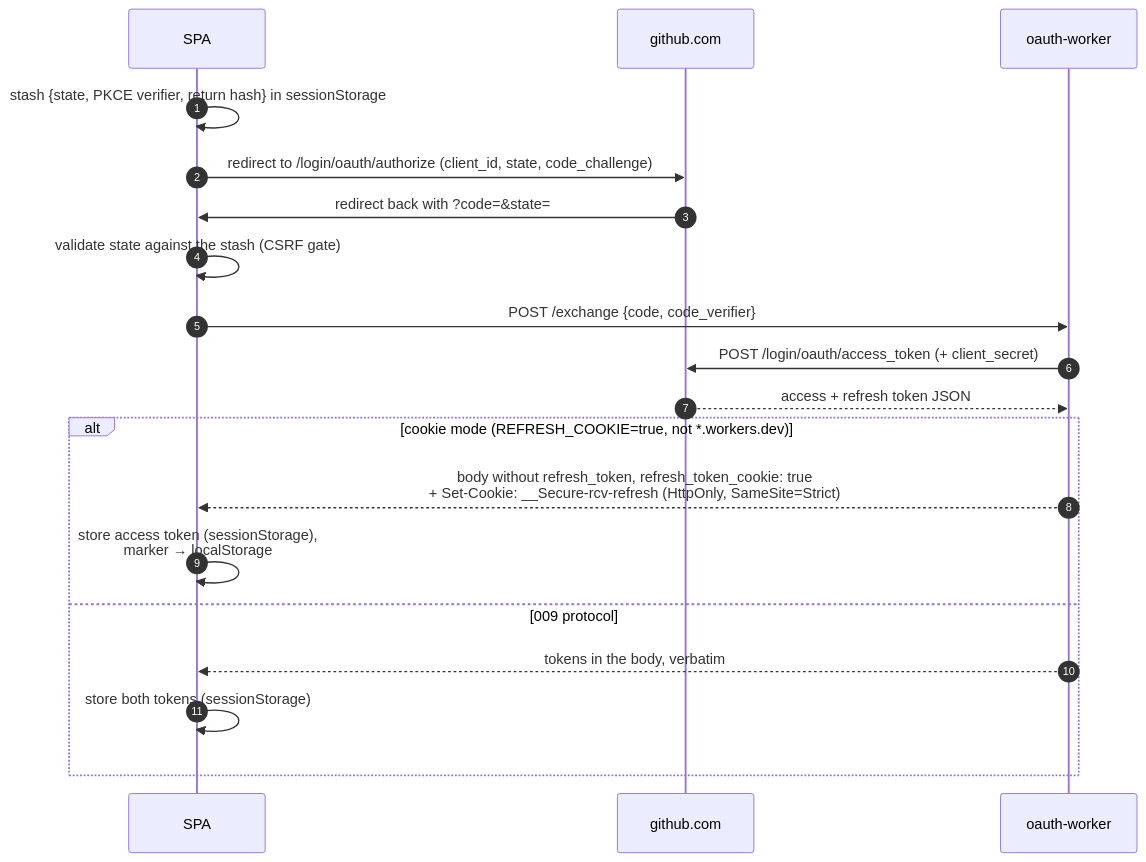
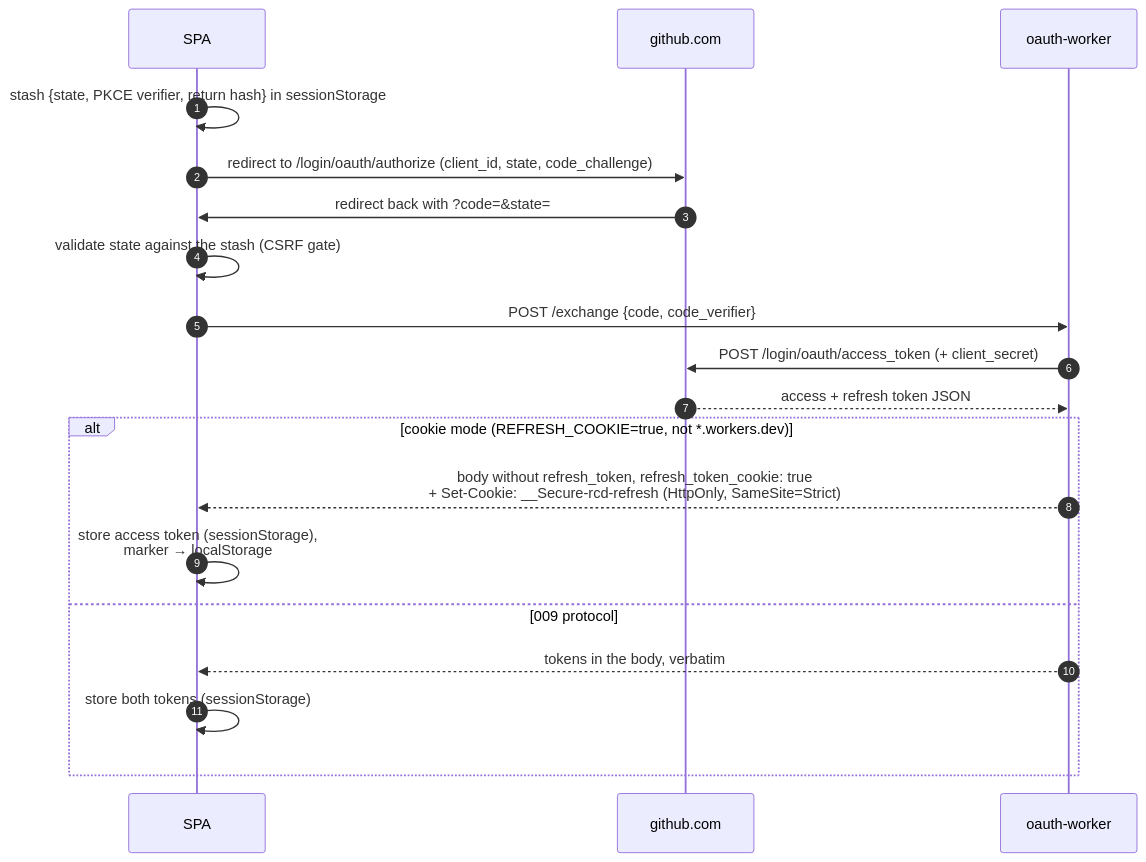
One commit to secustor/renovate-config-debugger changed the first of 2 diagrams in docs/Auth-Flow.md. Above: the diagram before and after it, drawn with Mermaid. The commit also changed other lines of this file and 69 other files, not shown here.

First line of the commit message:
feat!: retire the rcv prefix — storage keys, globals and runtime env are now rcd

````diff
--- a/docs/Auth-Flow.md
+++ b/docs/Auth-Flow.md
@@ -32,21 +32,21 @@
 ```mermaid
 sequenceDiagram
     autonumber
     participant SPA
     participant GitHub as github.com
     participant Worker as oauth-worker
     SPA->>SPA: stash {state, PKCE verifier, return hash} in sessionStorage
     SPA->>GitHub: redirect to /login/oauth/authorize (client_id, state, code_challenge)
     GitHub->>SPA: redirect back with ?code=&state=
     SPA->>SPA: validate state against the stash (CSRF gate)
     SPA->>Worker: POST /exchange {code, code_verifier}
     Worker->>GitHub: POST /login/oauth/access_token (+ client_secret)
     GitHub-->>Worker: access + refresh token JSON
     alt cookie mode (REFRESH_COOKIE=true, not *.workers.dev)
-        Worker-->>SPA: body without refresh_token, refresh_token_cookie: true<br/>+ Set-Cookie: __Secure-rcv-refresh (HttpOnly, SameSite=Strict)
+        Worker-->>SPA: body without refresh_token, refresh_token_cookie: true<br/>+ Set-Cookie: __Secure-rcd-refresh (HttpOnly, SameSite=Strict)
         SPA->>SPA: store access token (sessionStorage),<br/>marker → localStorage
     else 009 protocol
         Worker-->>SPA: tokens in the body, verbatim
         SPA->>SPA: store both tokens (sessionStorage)
     end
 ```
````
